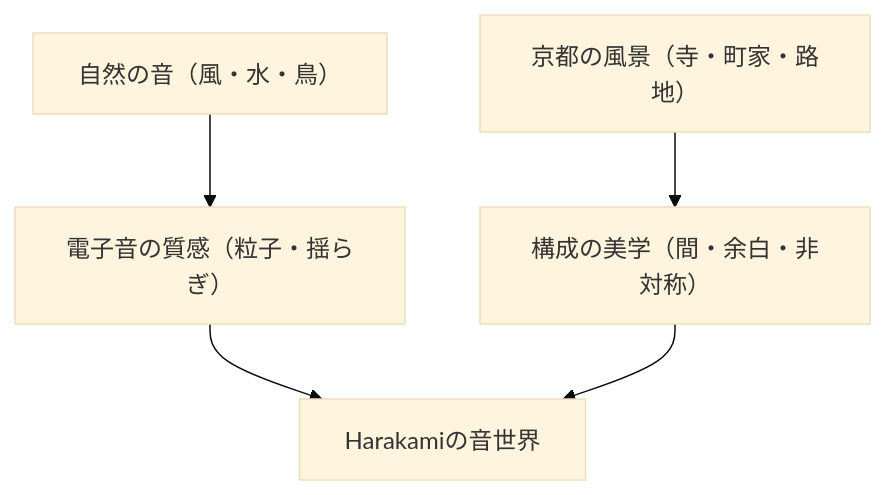
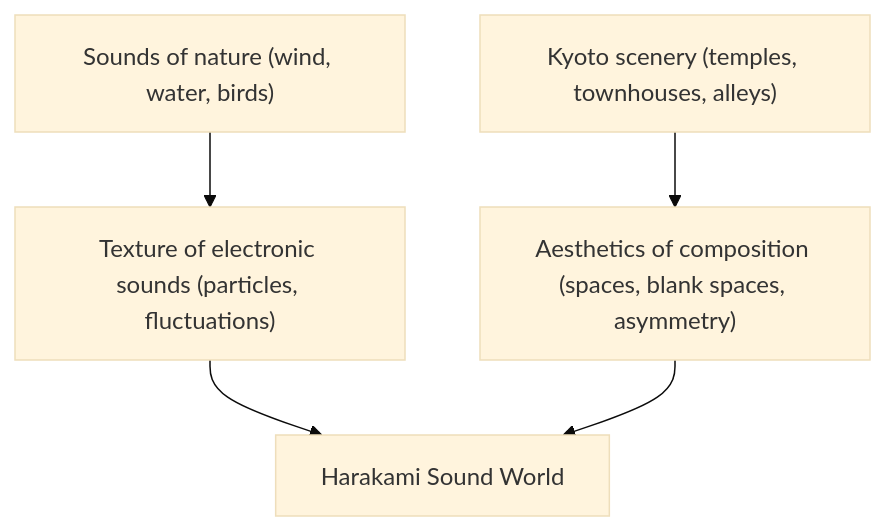
Before and after one commit to monumental-movement/monumental-movement.github.io: the second of 2 diagrams in en/_posts/2025-10-30-column-rei-harakami.md, drawn with Mermaid (base theme). The commit also changed other lines of this file and 1631 other files, not shown here.

```diff
--- a/en/_posts/2025-10-30-column-rei-harakami.md
+++ b/en/_posts/2025-10-30-column-rei-harakami.md
@@ -164,9 +163,9 @@
 <div class="mermaid">
 
 graph TD
-    A["自然の音（風・水・鳥）"] --> B["電子音の質感（粒子・揺らぎ）"]
-    C["京都の風景（寺・町家・路地）"] --> D["構成の美学（間・余白・非対称）"]
-    B --> E["Harakamiの音世界"]
+    A["Sounds of nature (wind, water, birds)"] --> B["Texture of electronic sounds (particles, fluctuations)"]
+    C["Kyoto scenery (temples, townhouses, alleys)"] --> D["Aesthetics of composition (spaces, blank spaces, asymmetry)"]
+    B --> E["Harakami Sound World"]
     D --> E
     
 </div>
```
